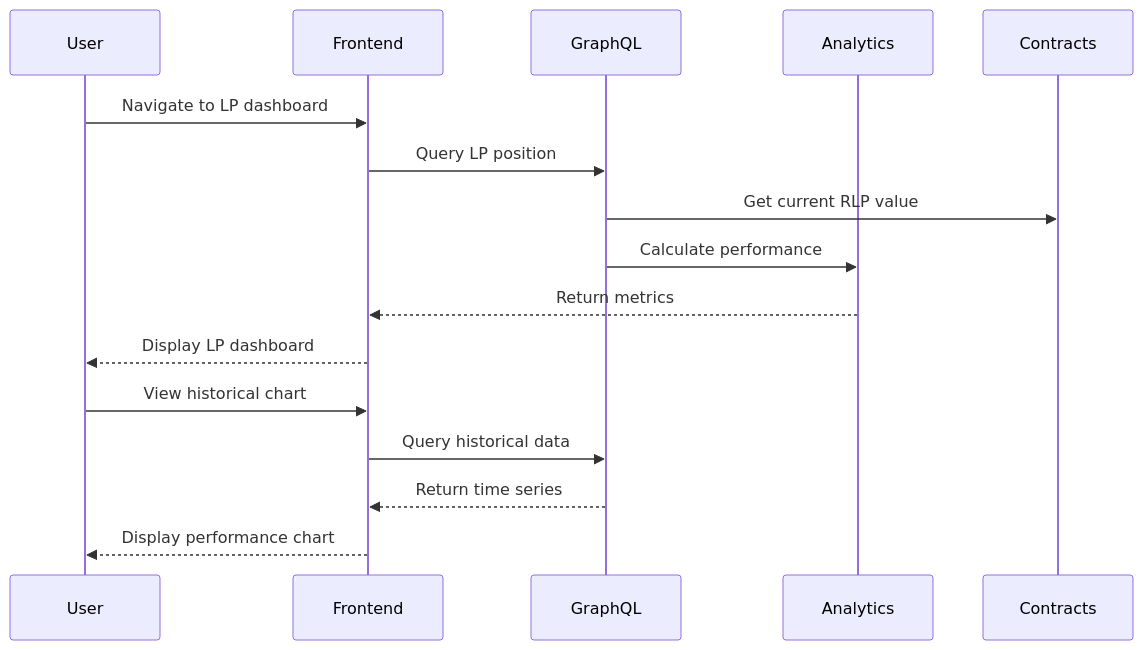
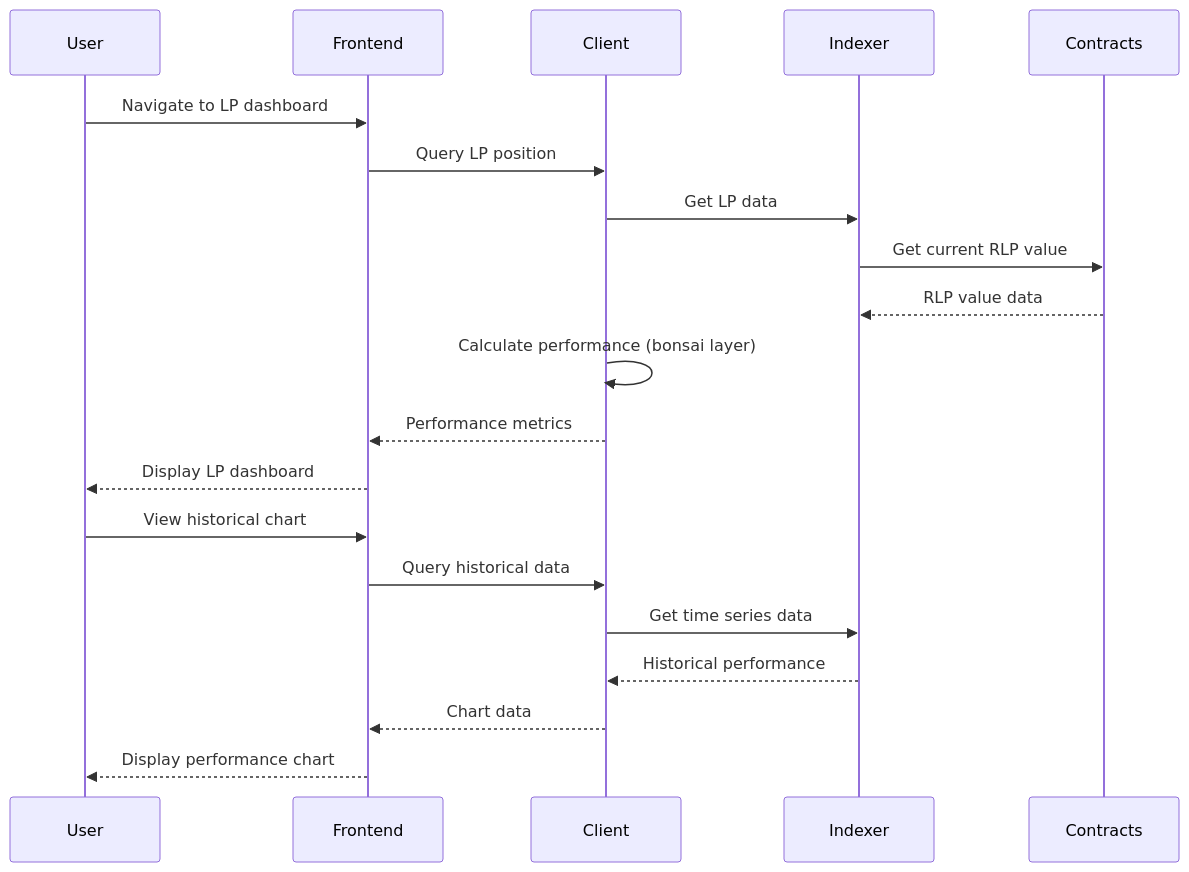
One commit to dydxprotocol/v4-web changed diagram 12 of 15 in project-stories-breakdown-reorganized.md. Above: the diagram before and after it, drawn with Mermaid. The commit also changed other lines of this file, not shown here.

````diff
--- a/project-stories-breakdown-reorganized.md
+++ b/project-stories-breakdown-reorganized.md
@@ -1714,20 +1435,24 @@
 ```mermaid
 sequenceDiagram
     participant User
     participant Frontend
-    participant GraphQL
-    participant Analytics
+    participant Client
+    participant Indexer
     participant Contracts
     
     User->>Frontend: Navigate to LP dashboard
-    Frontend->>GraphQL: Query LP position
-    GraphQL->>Contracts: Get current RLP value
-    GraphQL->>Analytics: Calculate performance
-    Analytics-->>Frontend: Return metrics
+    Frontend->>Client: Query LP position
+    Client->>Indexer: Get LP data
+    Indexer->>Contracts: Get current RLP value
+    Contracts-->>Indexer: RLP value data
+    Client->>Client: Calculate performance (bonsai layer)
+    Client-->>Frontend: Performance metrics
     Frontend-->>User: Display LP dashboard
     
     User->>Frontend: View historical chart
-    Frontend->>GraphQL: Query historical data
-    GraphQL-->>Frontend: Return time series
+    Frontend->>Client: Query historical data
+    Client->>Indexer: Get time series data
+    Indexer-->>Client: Historical performance
+    Client-->>Frontend: Chart data
     Frontend-->>User: Display performance chart
 ```
````
